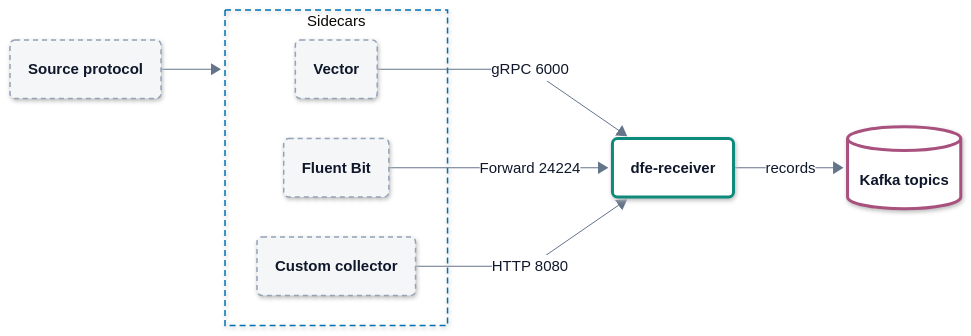
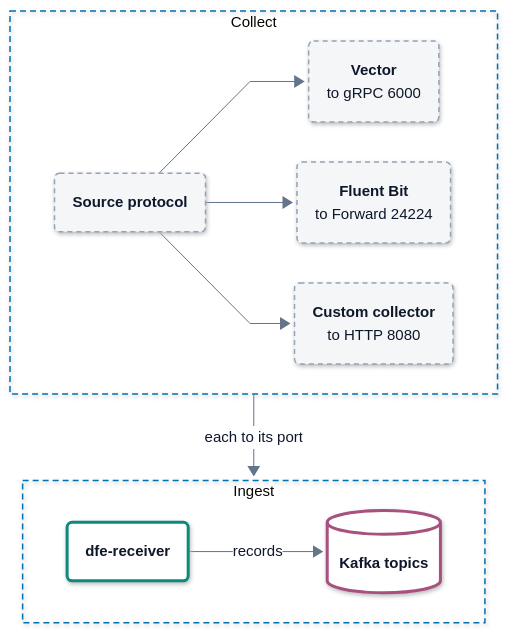
The diagram in docs/sidecar-transports.md (hyperi-io/dfe-receiver), drawn with Mermaid before and after one commit. The commit also changed other lines of this file and 7 other files, not shown here.

First line of the commit message:
docs(architecture): bring the receiver pages to the architecture standard (#280)

````diff
--- a/docs/sidecar-transports.md
+++ b/docs/sidecar-transports.md
@@ -54,26 +54,30 @@
     .ui .label-icon{color:#D9480F}
     .ext .label-icon{color:#64748B}
 ---
-flowchart LR
+flowchart TB
     accTitle: L4 Detail -- Sidecar transports
     accDescr: A source the receiver does not speak is collected by a Vector sidecar, a Fluent Bit sidecar or a custom collector. Vector sends to the gRPC port, Fluent Bit to the Fluent Forward port and a custom collector to HTTP ingest. The receiver writes the records to Kafka.
 
-    source("<b>Source protocol</b>")
-
-    subgraph sidecars["Sidecars"]
-        vector("<b>Vector</b>")
-        fluentbit("<b>Fluent Bit</b>")
-        custom("<b>Custom collector</b>")
+    subgraph COLLECT["Collect"]
+        direction LR
+        source("<b>Source protocol</b>")
+        vector("<b>Vector</b><br/><span>to gRPC 6000</span>")
+        fluentbit("<b>Fluent Bit</b><br/><span>to Forward 24224</span>")
+        custom("<b>Custom collector</b><br/><span>to HTTP 8080</span>")
+        source --> vector
+        source --> fluentbit
+        source --> custom
     end
-
-    receiver("<b>dfe-receiver</b>")
-    kafka[("<b>Kafka topics</b>")]
-
-    source --> sidecars
-    vector -->|gRPC 6000| receiver
-    fluentbit -->|Forward 24224| receiver
-    custom -->|HTTP 8080| receiver
-    receiver -->|records| kafka
+    subgraph INGEST["Ingest"]
+        direction LR
+        receiver("<b>dfe-receiver</b>")
+        kafka[("<b>Kafka topics</b>")]
+        receiver -->|records| kafka
+    end
+    COLLECT -->|each to its port| INGEST
+  class source,vector,fluentbit,custom ext
+  class receiver ingest
+  class kafka bus
   classDef ext fill:#F4F6F8,stroke:#94A3B8,stroke-width:1.5px,stroke-dasharray:5 4,color:#0F172A
   classDef ingest fill:#FFFFFF,stroke:#0E8A7D,stroke-width:3px,color:#0F172A
   classDef xform fill:#FFFFFF,stroke:#7B4FB0,stroke-width:3px,color:#0F172A
@@ -85,8 +89,6 @@
   classDef error fill:#FFFFFF,stroke:#C2410C,stroke-width:3px,color:#0F172A
   classDef control fill:#FFFFFF,stroke:#334155,stroke-width:3px,color:#0F172A
   classDef part fill:#FFFFFF,stroke:#94A3B8,stroke-width:1.5px,color:#0F172A
-  class source,vector,fluentbit,custom ext
-  class receiver ingest
-  class kafka bus
-  style sidecars fill:none,stroke:#0072B2,stroke-width:1.5px,stroke-dasharray:6 4
+  style COLLECT fill:none,stroke:#0072B2,stroke-width:1.5px,stroke-dasharray:6 4
+  style INGEST fill:none,stroke:#0072B2,stroke-width:1.5px,stroke-dasharray:6 4
 ```
````
